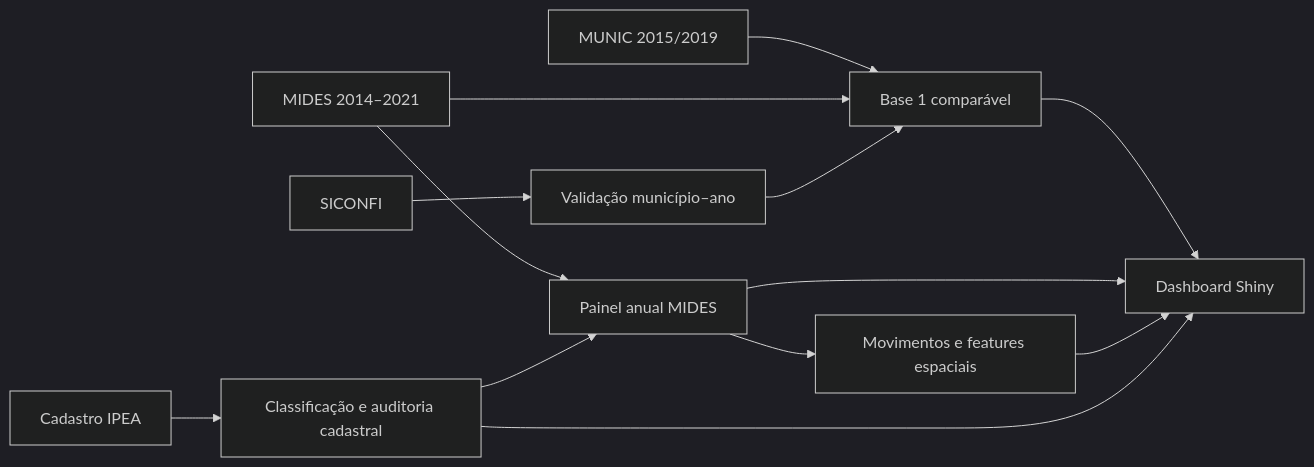
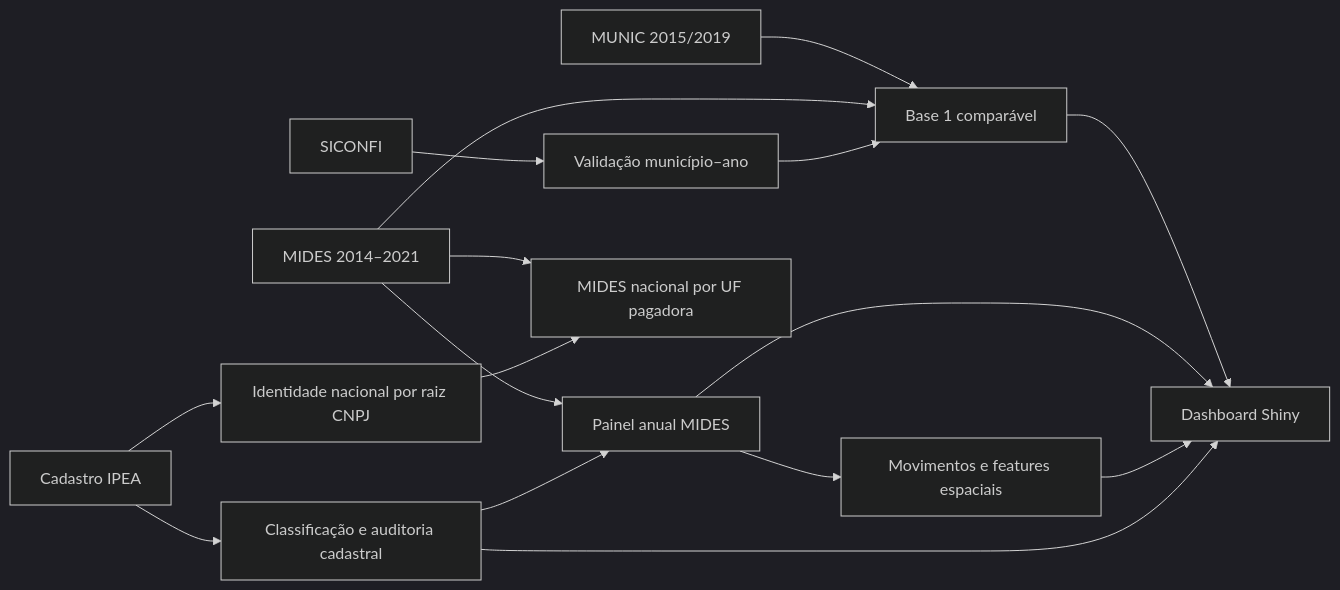
One commit to driano1221/consorcios-mg-dados-territorio changed the diagram in README.md. Above: the diagram before and after it, drawn with Mermaid (dark theme). The commit also changed other lines of this file and 14 other files, not shown here.

````diff
--- a/README.md
+++ b/README.md
@@ -67,15 +74,18 @@
 ```mermaid
 flowchart LR
     A["MIDES 2014–2021"] --> D["Painel anual MIDES"]
     B["MUNIC 2015/2019"] --> E["Base 1 comparável"]
     C["SICONFI"] --> F["Validação município–ano"]
     A --> E
     F --> E
     G["Cadastro IPEA"] --> H["Classificação e auditoria cadastral"]
     D --> I["Movimentos e features espaciais"]
     H --> D
     E --> J["Dashboard Shiny"]
     D --> J
     I --> J
     H --> J
+    G --> K["Identidade nacional por raiz CNPJ"]
+    A --> L["MIDES nacional por UF pagadora"]
+    K --> L
 ```
````
